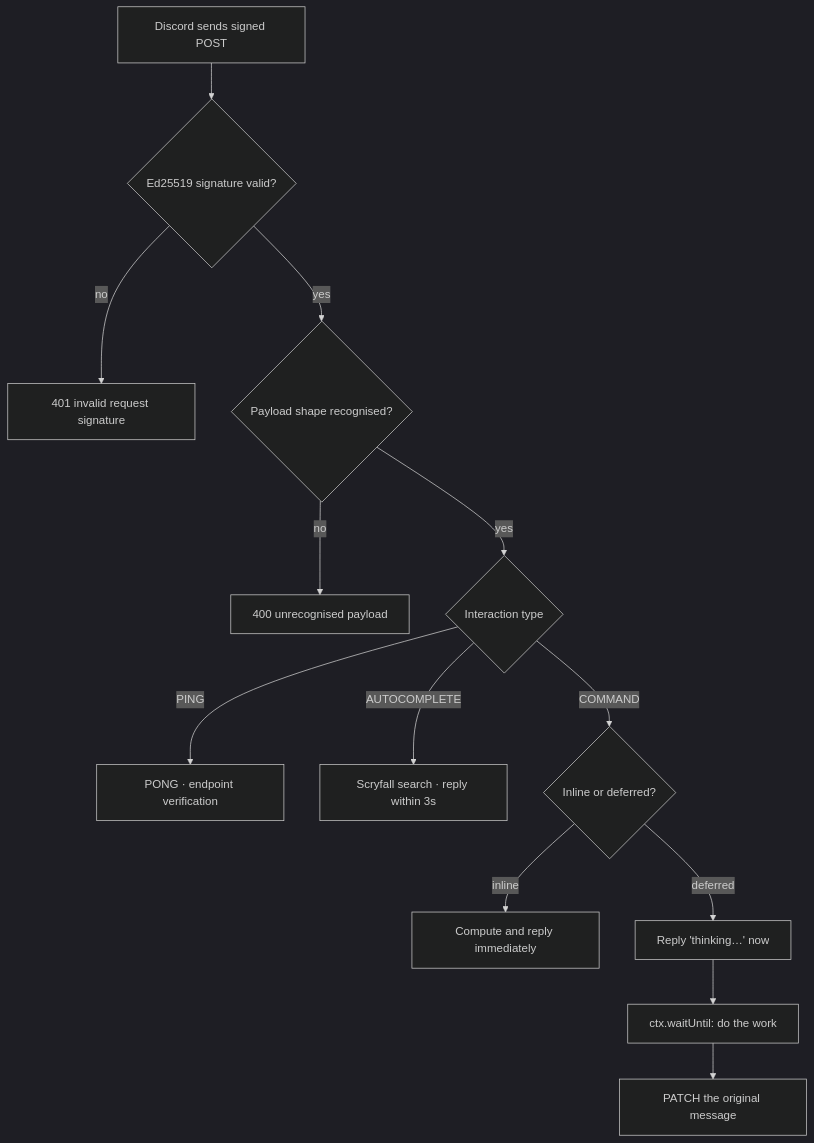
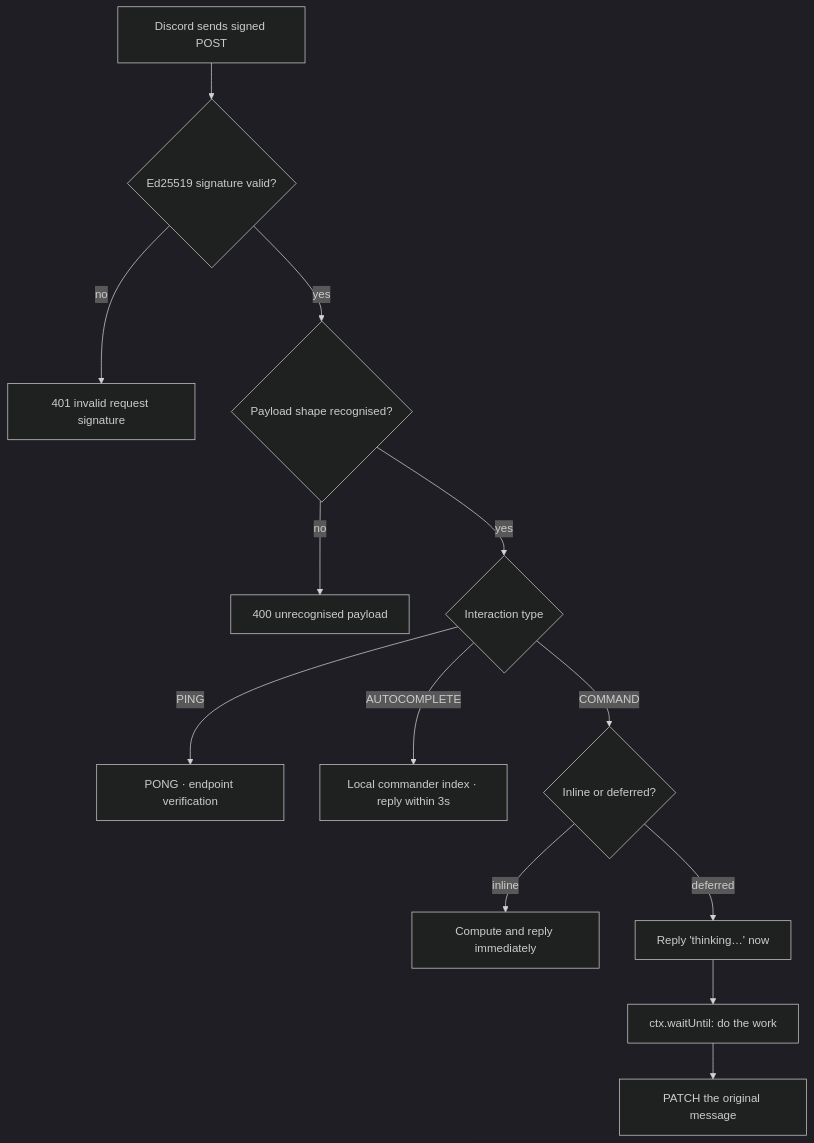
Before and after one commit to m6bernha/mtg-edh-ladder-bot: the diagram in ARCHITECTURE.md, drawn with Mermaid (dark theme). The commit also changed other lines of this file and 21 other files, not shown here.

First line of the commit message:
Add a local commander index with typo-tolerant search

````diff
--- a/ARCHITECTURE.md
+++ b/ARCHITECTURE.md
@@ -33,15 +33,15 @@
 ```mermaid
 flowchart TD
     A[Discord sends signed POST] --> B{Ed25519 signature valid?}
     B -- no --> C[401 invalid request signature]
     B -- yes --> D{Payload shape recognised?}
     D -- no --> E[400 unrecognised payload]
     D -- yes --> F{Interaction type}
     F -- PING --> G[PONG · endpoint verification]
-    F -- AUTOCOMPLETE --> H[Scryfall search · reply within 3s]
+    F -- AUTOCOMPLETE --> H[Local commander index · reply within 3s]
     F -- COMMAND --> I{Inline or deferred?}
     I -- inline --> J[Compute and reply immediately]
     I -- deferred --> K[Reply 'thinking…' now]
     K --> L[ctx.waitUntil: do the work]
     L --> M[PATCH the original message]
 ```
````
